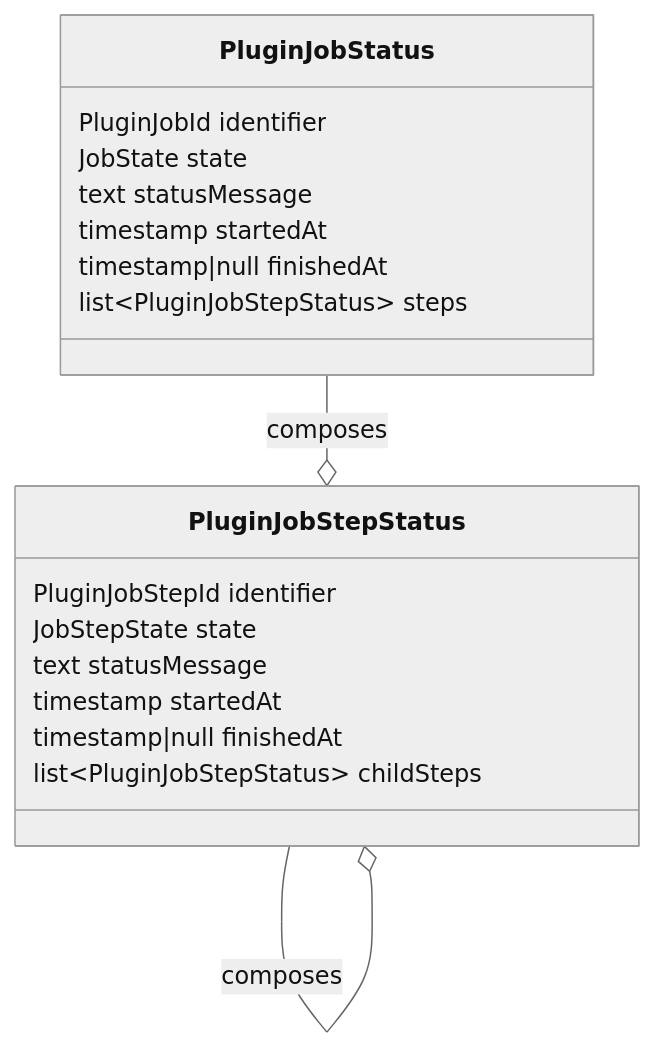
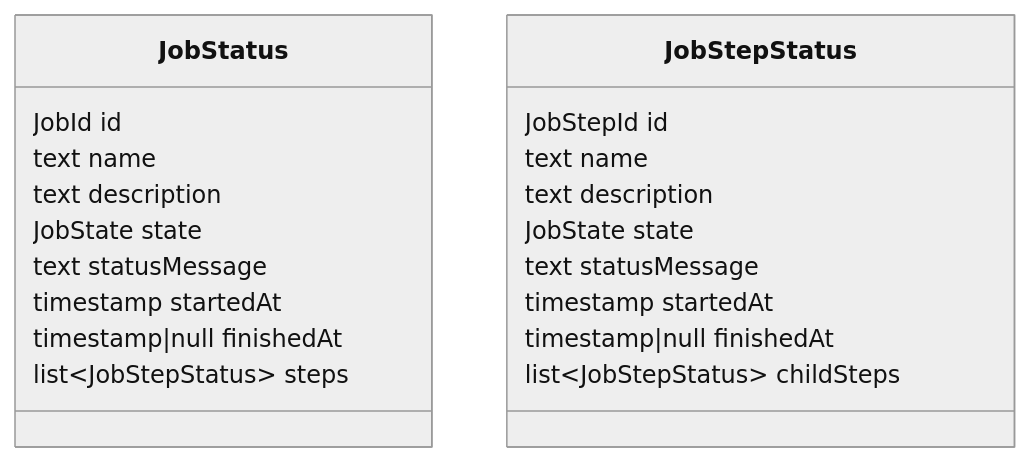
One commit to n1t4chi/who-votes-like-you changed the fifth of 10 diagrams in doc/09_architectural_decisions/09_01_redesign_from_initial_structure.md. Above: the diagram before and after it, drawn with Mermaid (neutral theme). The commit also changed other lines of this file and 373 other files, not shown here.

````diff
--- a/doc/09_architectural_decisions/09_01_redesign_from_initial_structure.md
+++ b/doc/09_architectural_decisions/09_01_redesign_from_initial_structure.md
@@ -248,21 +263,23 @@
 ```mermaid
 classDiagram
-    class PluginJobStatus {
-        PluginJobId identifier
+    class JobStatus {
+        JobId id
+        text name
+        text description
         JobState state
         text statusMessage
         timestamp startedAt
         timestamp|null finishedAt
-        list~PluginJobStepStatus~ steps
+        list~JobStepStatus~ steps
     }
-    class PluginJobStepStatus {
-        PluginJobStepId identifier
-        JobStepState state
+    class JobStepStatus {
+        JobStepId id
+        text name
+        text description
+        JobState state
         text statusMessage
         timestamp startedAt
         timestamp|null finishedAt
-        list~PluginJobStepStatus~ childSteps
+        list~JobStepStatus~ childSteps
     }
-    PluginJobStatus --o PluginJobStepStatus : composes
-    PluginJobStepStatus --o PluginJobStepStatus : composes
 ```
````
